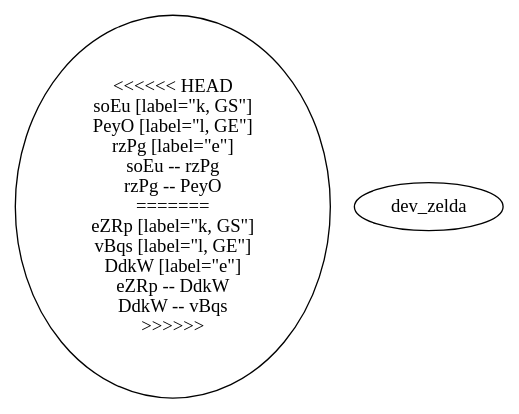
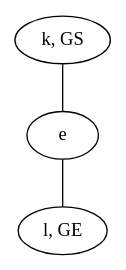
The diagram in data/VGLC/Zelda/rules/1/7_K-L.dot (schrum2/MM-NEAT), drawn with Graphviz before and after one commit. The commit also changed 22 other files, not shown here.

```diff
--- a/data/VGLC/Zelda/rules/1/7_K-L.dot
+++ b/data/VGLC/Zelda/rules/1/7_K-L.dot
@@ -1,15 +1,7 @@
 graph {
-<<<<<<< HEAD
-soEu [label="k, GS"]
-PeyO [label="l, GE"]
-rzPg [label="e"]
-soEu -- rzPg
-rzPg -- PeyO
-=======
-eZRp [label="k, GS"]
-vBqs [label="l, GE"]
-DdkW [label="e"]
-eZRp -- DdkW
-DdkW -- vBqs
->>>>>>> dev_zelda
+bOXc [label="k, GS"]
+gqRs [label="l, GE"]
+RydT [label="e"]
+bOXc -- RydT
+RydT -- gqRs
 }
```
